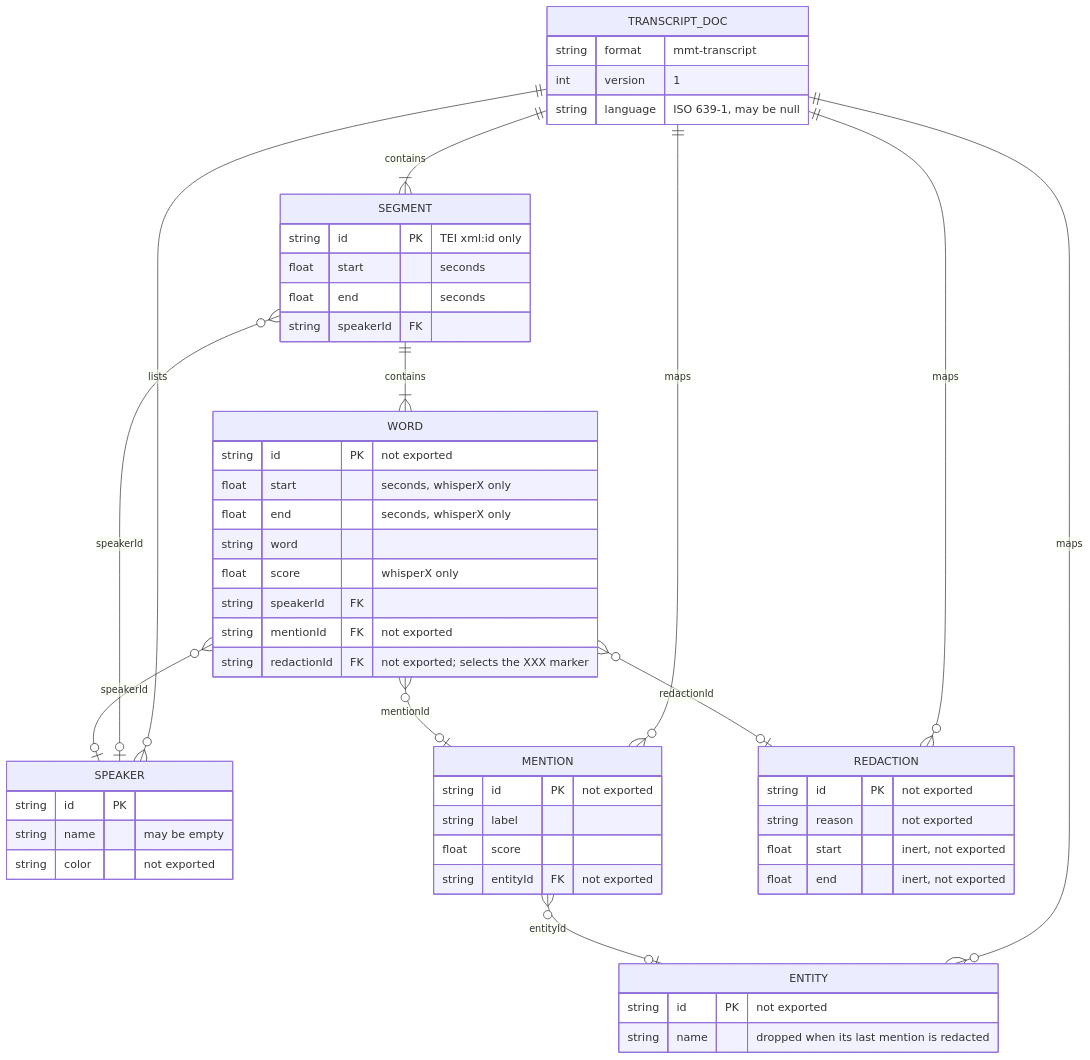
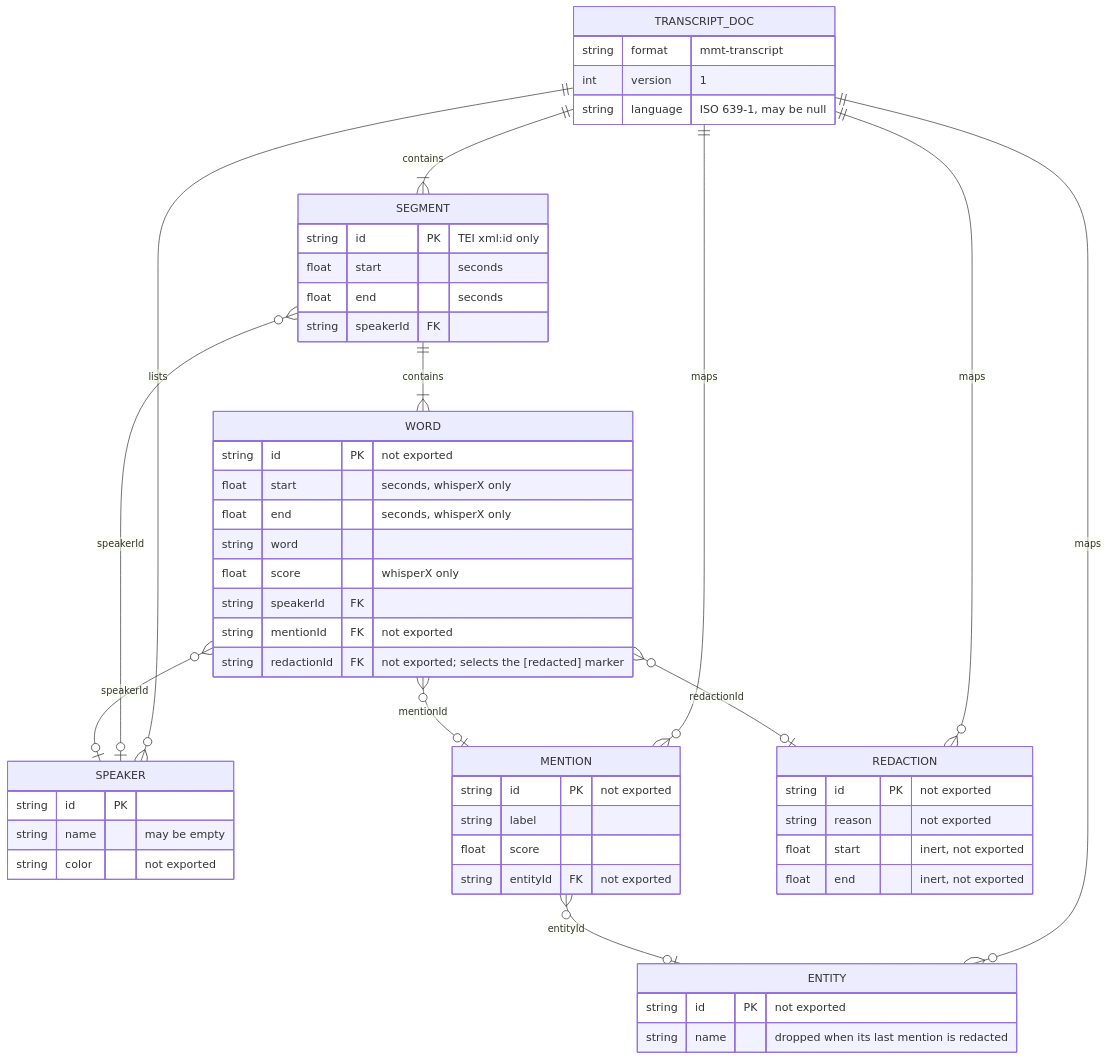
One commit to asr4memory/mmt-py changed the third of 3 diagrams in specs/2026-07-30-transcript-export.md. Above: the diagram before and after it, drawn with Mermaid. The commit also changed other lines of this file and 7 other files, not shown here.

Commit message:
Mark redacted words as [redacted] instead of XXX

````diff
--- a/specs/2026-07-30-transcript-export.md
+++ b/specs/2026-07-30-transcript-export.md
@@ -351,57 +351,57 @@
 ```mermaid
 erDiagram
     TRANSCRIPT_DOC ||--o{ SPEAKER : "lists"
     TRANSCRIPT_DOC ||--o{ ENTITY : "maps"
     TRANSCRIPT_DOC ||--o{ MENTION : "maps"
     TRANSCRIPT_DOC ||--o{ REDACTION : "maps"
     TRANSCRIPT_DOC ||--|{ SEGMENT : "contains"
     SEGMENT ||--|{ WORD : "contains"
     SEGMENT }o--o| SPEAKER : "speakerId"
     WORD }o--o| SPEAKER : "speakerId"
     WORD }o--o| MENTION : "mentionId"
     WORD }o--o| REDACTION : "redactionId"
     MENTION }o--o| ENTITY : "entityId"
 
     TRANSCRIPT_DOC {
         string format "mmt-transcript"
         int version "1"
         string language "ISO 639-1, may be null"
     }
     SPEAKER {
         string id PK
         string name "may be empty"
         string color "not exported"
     }
     ENTITY {
         string id PK "not exported"
         string name "dropped when its last mention is redacted"
     }
     MENTION {
         string id PK "not exported"
         string label
         float score
         string entityId FK "not exported"
     }
     REDACTION {
         string id PK "not exported"
         string reason "not exported"
         float start "inert, not exported"
         float end "inert, not exported"
     }
     SEGMENT {
         string id PK "TEI xml:id only"
         float start "seconds"
         float end "seconds"
         string speakerId FK
     }
     WORD {
         string id PK "not exported"
         float start "seconds, whisperX only"
         float end "seconds, whisperX only"
         string word
         float score "whisperX only"
         string speakerId FK
         string mentionId FK "not exported"
-        string redactionId FK "not exported; selects the XXX marker"
+        string redactionId FK "not exported; selects the [redacted] marker"
     }
 ```
````
